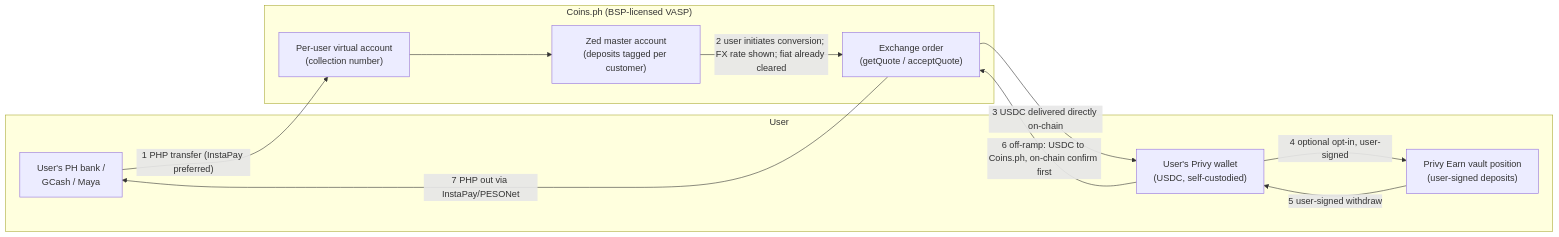
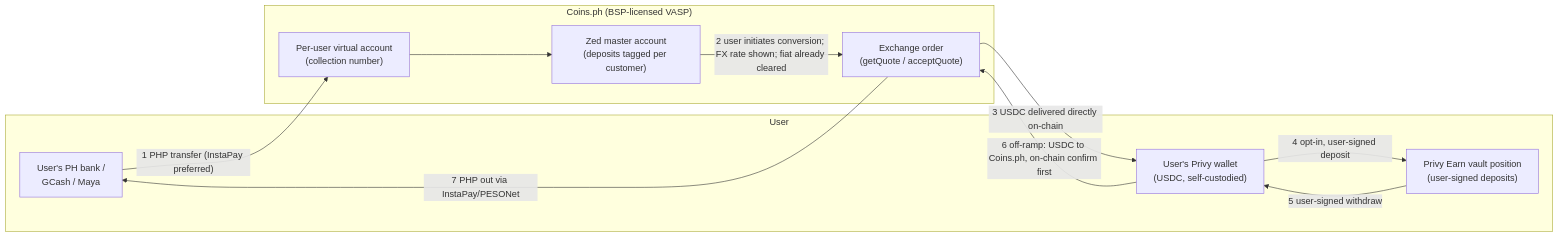
The diagram in tracks/c-usdc-vasp-privy/prd.md (STAbraham/stablecoin-project), drawn with Mermaid before and after one commit. The commit also changed other lines of this file and 1 other file, not shown here.

````diff
--- a/tracks/c-usdc-vasp-privy/prd.md
+++ b/tracks/c-usdc-vasp-privy/prd.md
@@ -26,20 +28,20 @@
 ```mermaid
 flowchart LR
   subgraph User
     U["User's PH bank /<br/>GCash / Maya"]
     W["User's Privy wallet<br/>(USDC, self-custodied)"]
     V["Privy Earn vault position<br/>(user-signed deposits)"]
   end
   subgraph CoinsPH["Coins.ph (BSP-licensed VASP)"]
     VA["Per-user virtual account<br/>(collection number)"]
     MA["Zed master account<br/>(deposits tagged per customer)"]
     X["Exchange order<br/>(getQuote / acceptQuote)"]
   end
   U -->|"1 PHP transfer (InstaPay preferred)"| VA --> MA
   MA -->|"2 user initiates conversion; FX rate shown; fiat already cleared"| X
   X -->|"3 USDC delivered directly on-chain"| W
-  W -->|"4 optional opt-in, user-signed"| V
+  W -->|"4 opt-in, user-signed deposit"| V
   V -->|"5 user-signed withdraw"| W
   W -->|"6 off-ramp: USDC to Coins.ph, on-chain confirm first"| X
   X -->|"7 PHP out via InstaPay/PESONet"| U
 ```
````
